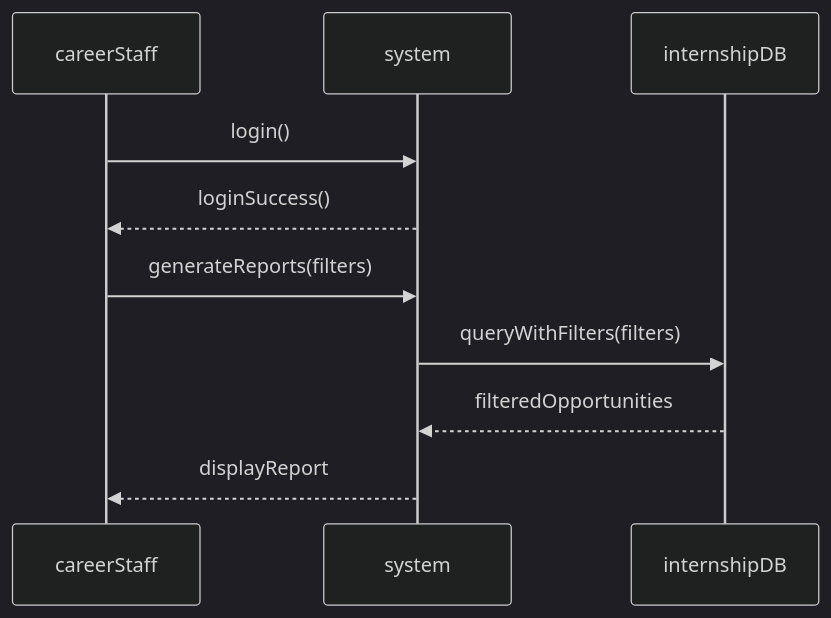
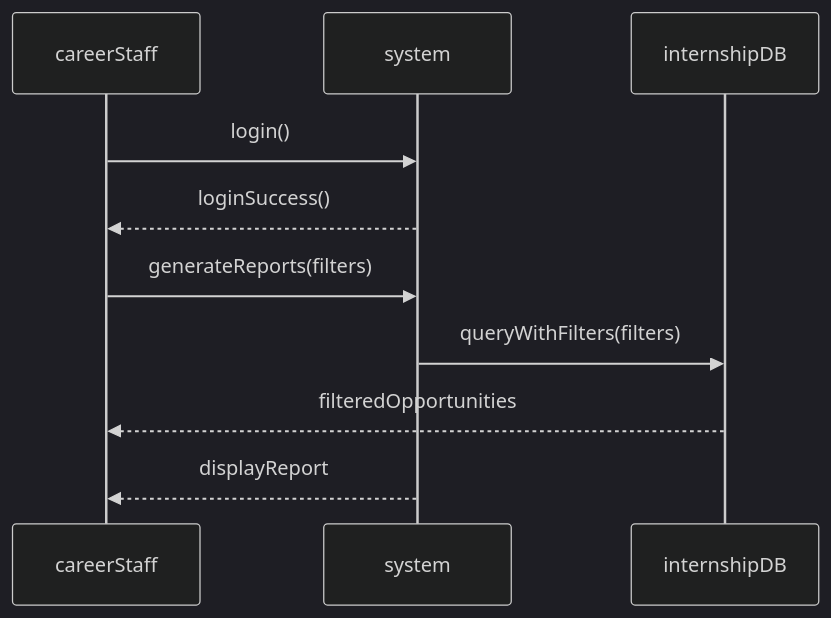
Before and after one commit to AY25-26-Sem-1-SC2002-SDDA-Group-1/sc2002-oop-assignment: the sixth of 8 diagrams in README.md, drawn with Mermaid (dark theme). The commit also changed other lines of this file and 13 other files, not shown here.

````diff
--- a/README.md
+++ b/README.md
@@ -237,15 +297,15 @@
 ```mermaid
 sequenceDiagram
     participant careerStaff
     participant system
     participant internshipDB
 
     careerStaff->>system: login()
     system-->>careerStaff: loginSuccess()
 
     careerStaff->>system: generateReports(filters)
     system->>internshipDB: queryWithFilters(filters)
-    internshipDB-->>system: filteredOpportunities
+    internshipDB-->>careerStaff: filteredOpportunities
     system-->>careerStaff: displayReport
 
 ```
````
